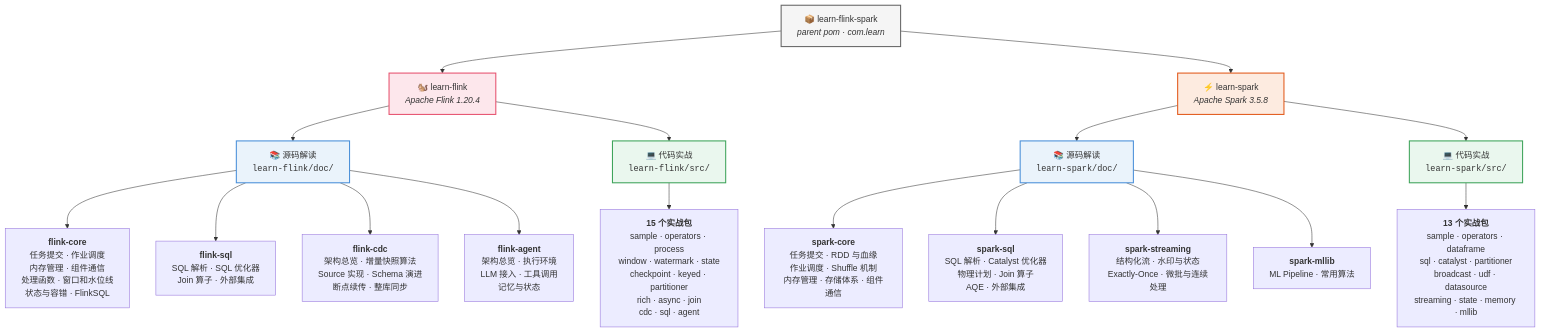
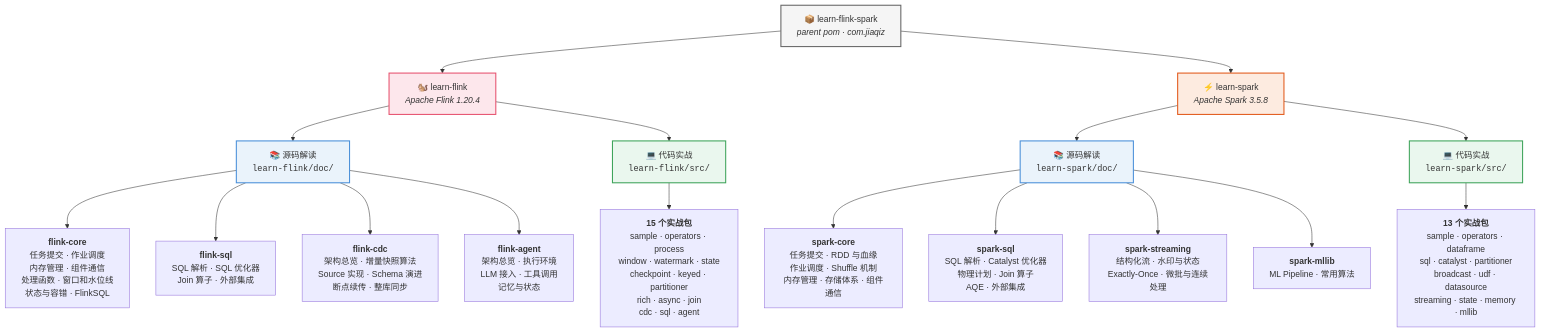
The first of 2 diagrams in README.md (JIaqiZ12138/learn-flink-spark), drawn with Mermaid before and after one commit. The commit also changed other lines of this file and 66 other files, not shown here.

First line of the commit message:
refactor(java): 包名 com.learn.* 迁移为 com.jiaqiz.*

````diff
--- a/README.md
+++ b/README.md
@@ -41,35 +41,35 @@
 ```mermaid
 graph TD
-    ROOT["📦 learn-flink-spark<br/><i>parent pom · com.learn</i>"]
+    ROOT["📦 learn-flink-spark<br/><i>parent pom · com.jiaqiz</i>"]
 
     ROOT --> FLINK["🐿️ learn-flink<br/><i>Apache Flink 1.20.4</i>"]
     ROOT --> SPARK["⚡ learn-spark<br/><i>Apache Spark 3.5.8</i>"]
 
     FLINK --> FD["📚 源码解读<br/><code>learn-flink/doc/</code>"]
     FLINK --> FC["💻 代码实战<br/><code>learn-flink/src/</code>"]
 
     FD --> FD1["<b>flink-core</b><br/>任务提交 · 作业调度<br/>内存管理 · 组件通信<br/>处理函数 · 窗口和水位线<br/>状态与容错 · FlinkSQL"]
     FD --> FD2["<b>flink-sql</b><br/>SQL 解析 · SQL 优化器<br/>Join 算子 · 外部集成"]
     FD --> FD3["<b>flink-cdc</b><br/>架构总览 · 增量快照算法<br/>Source 实现 · Schema 演进<br/>断点续传 · 整库同步"]
     FD --> FD4["<b>flink-agent</b><br/>架构总览 · 执行环境<br/>LLM 接入 · 工具调用<br/>记忆与状态"]
 
     FC --> FC1["<b>15 个实战包</b><br/>sample · operators · process<br/>window · watermark · state<br/>checkpoint · keyed · partitioner<br/>rich · async · join<br/>cdc · sql · agent"]
 
     SPARK --> SD["📚 源码解读<br/><code>learn-spark/doc/</code>"]
     SPARK --> SC["💻 代码实战<br/><code>learn-spark/src/</code>"]
 
     SD --> SD1["<b>spark-core</b><br/>任务提交 · RDD 与血缘<br/>作业调度 · Shuffle 机制<br/>内存管理 · 存储体系 · 组件通信"]
     SD --> SD2["<b>spark-sql</b><br/>SQL 解析 · Catalyst 优化器<br/>物理计划 · Join 算子<br/>AQE · 外部集成"]
     SD --> SD3["<b>spark-streaming</b><br/>结构化流 · 水印与状态<br/>Exactly-Once · 微批与连续处理"]
     SD --> SD4["<b>spark-mllib</b><br/>ML Pipeline · 常用算法"]
 
     SC --> SC1["<b>13 个实战包</b><br/>sample · operators · dataframe<br/>sql · catalyst · partitioner<br/>broadcast · udf · datasource<br/>streaming · state · memory · mllib"]
 
     style ROOT fill:#f5f5f5,stroke:#666,stroke-width:2px
     style FLINK fill:#FDE7EC,stroke:#E6526F,stroke-width:2px
     style SPARK fill:#FDEBE0,stroke:#E25A1C,stroke-width:2px
     style FD fill:#EAF3FB,stroke:#4A90D9,stroke-width:2px
     style SD fill:#EAF3FB,stroke:#4A90D9,stroke-width:2px
     style FC fill:#EAF7EE,stroke:#3FA45B,stroke-width:2px
     style SC fill:#EAF7EE,stroke:#3FA45B,stroke-width:2px
 ```
````
